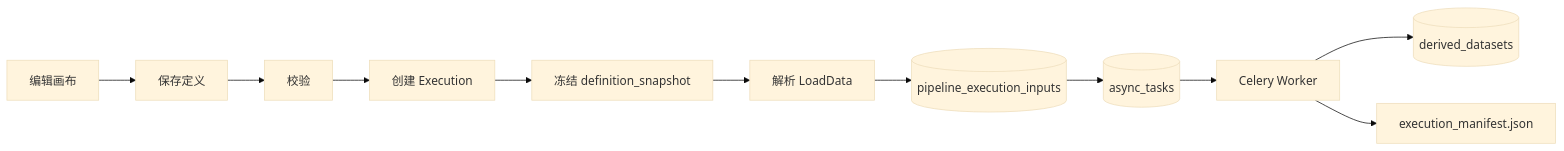
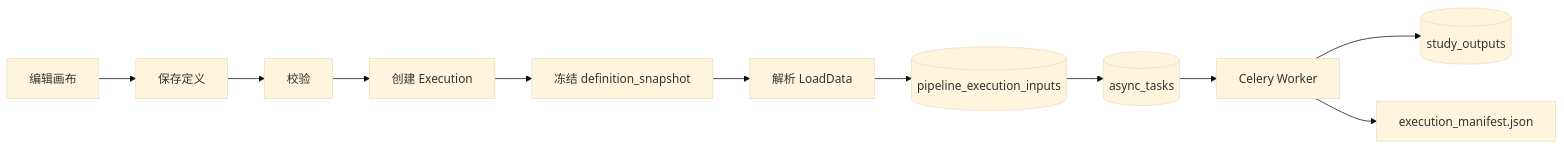
The diagram in wiki/docs/5-20-Pipeline工作流管理.md (NoraJinxy/Niantong_GH_version), drawn with Mermaid (base theme) before and after one commit. The commit also changed other lines of this file and 39 other files, not shown here.

First line of the commit message:
docs(retention): wiki 收尾 — 批量改名 derived_dataset→输出/StudyOutput + 3-45 概念页重写

````diff
--- a/wiki/docs/5-20-Pipeline工作流管理.md
+++ b/wiki/docs/5-20-Pipeline工作流管理.md
@@ -179,13 +179,13 @@
 ```mermaid
 flowchart LR
   Edit[编辑画布] --> Save[保存定义]
   Save --> Validate[校验]
   Validate --> CreateRun[创建 Execution]
   CreateRun --> Snapshot[冻结 definition_snapshot]
   Snapshot --> Resolve[解析 LoadData]
   Resolve --> Inputs[(pipeline_execution_inputs)]
   Inputs --> Task[(async_tasks)]
   Task --> Worker[Celery Worker]
-  Worker --> Derived[(derived_datasets)]
+  Worker --> Derived[(study_outputs)]
   Worker --> Manifest[execution_manifest.json]
 ```
````
